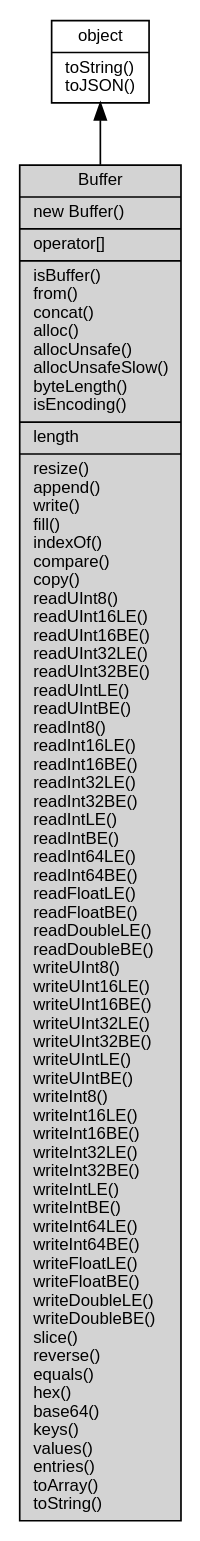
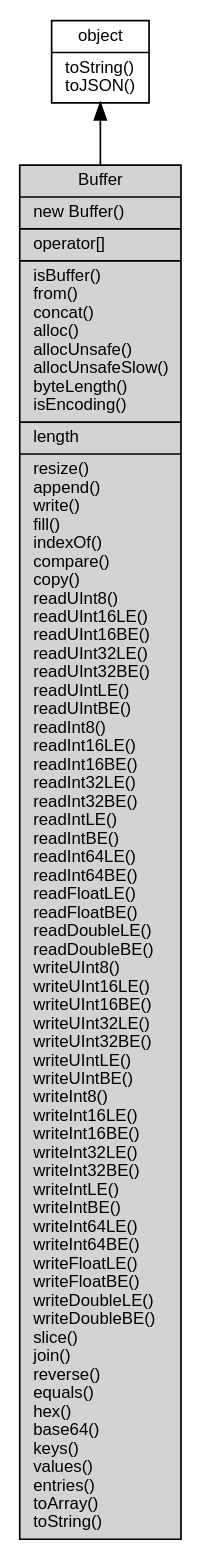
One commit to fibjs/fibjs.org changed the diagram in docs/manual/object/ifs/Buffer.md. Above: the diagram before and after it, drawn with Graphviz. The commit also changed other lines of this file and 206 other files, not shown here.

````diff
--- a/docs/manual/object/ifs/Buffer.md
+++ b/docs/manual/object/ifs/Buffer.md
@@ -11,10 +11,10 @@
 ```dot
 digraph {
     node [fontname="Helvetica,sans-Serif", fontsize=10, shape="record", style="filled", fillcolor="white"];
 
     object [tooltip="object", URL="object.md", label="{object|toString()\ltoJSON()\l}"];
-    Buffer [tooltip="Buffer", fillcolor="lightgray", id="me", label="{Buffer|new Buffer()\l|operator[]\l|isBuffer()\lfrom()\lconcat()\lalloc()\lallocUnsafe()\lallocUnsafeSlow()\lbyteLength()\lisEncoding()\l|length\l|resize()\lappend()\lwrite()\lfill()\lindexOf()\lcompare()\lcopy()\lreadUInt8()\lreadUInt16LE()\lreadUInt16BE()\lreadUInt32LE()\lreadUInt32BE()\lreadUIntLE()\lreadUIntBE()\lreadInt8()\lreadInt16LE()\lreadInt16BE()\lreadInt32LE()\lreadInt32BE()\lreadIntLE()\lreadIntBE()\lreadInt64LE()\lreadInt64BE()\lreadFloatLE()\lreadFloatBE()\lreadDoubleLE()\lreadDoubleBE()\lwriteUInt8()\lwriteUInt16LE()\lwriteUInt16BE()\lwriteUInt32LE()\lwriteUInt32BE()\lwriteUIntLE()\lwriteUIntBE()\lwriteInt8()\lwriteInt16LE()\lwriteInt16BE()\lwriteInt32LE()\lwriteInt32BE()\lwriteIntLE()\lwriteIntBE()\lwriteInt64LE()\lwriteInt64BE()\lwriteFloatLE()\lwriteFloatBE()\lwriteDoubleLE()\lwriteDoubleBE()\lslice()\lreverse()\lequals()\lhex()\lbase64()\lkeys()\lvalues()\lentries()\ltoArray()\ltoString()\l}"];
+    Buffer [tooltip="Buffer", fillcolor="lightgray", id="me", label="{Buffer|new Buffer()\l|operator[]\l|isBuffer()\lfrom()\lconcat()\lalloc()\lallocUnsafe()\lallocUnsafeSlow()\lbyteLength()\lisEncoding()\l|length\l|resize()\lappend()\lwrite()\lfill()\lindexOf()\lcompare()\lcopy()\lreadUInt8()\lreadUInt16LE()\lreadUInt16BE()\lreadUInt32LE()\lreadUInt32BE()\lreadUIntLE()\lreadUIntBE()\lreadInt8()\lreadInt16LE()\lreadInt16BE()\lreadInt32LE()\lreadInt32BE()\lreadIntLE()\lreadIntBE()\lreadInt64LE()\lreadInt64BE()\lreadFloatLE()\lreadFloatBE()\lreadDoubleLE()\lreadDoubleBE()\lwriteUInt8()\lwriteUInt16LE()\lwriteUInt16BE()\lwriteUInt32LE()\lwriteUInt32BE()\lwriteUIntLE()\lwriteUIntBE()\lwriteInt8()\lwriteInt16LE()\lwriteInt16BE()\lwriteInt32LE()\lwriteInt32BE()\lwriteIntLE()\lwriteIntBE()\lwriteInt64LE()\lwriteInt64BE()\lwriteFloatLE()\lwriteFloatBE()\lwriteDoubleLE()\lwriteDoubleBE()\lslice()\ljoin()\lreverse()\lequals()\lhex()\lbase64()\lkeys()\lvalues()\lentries()\ltoArray()\ltoString()\l}"];
 
     object -> Buffer [dir=back];
 }
 ```
````
